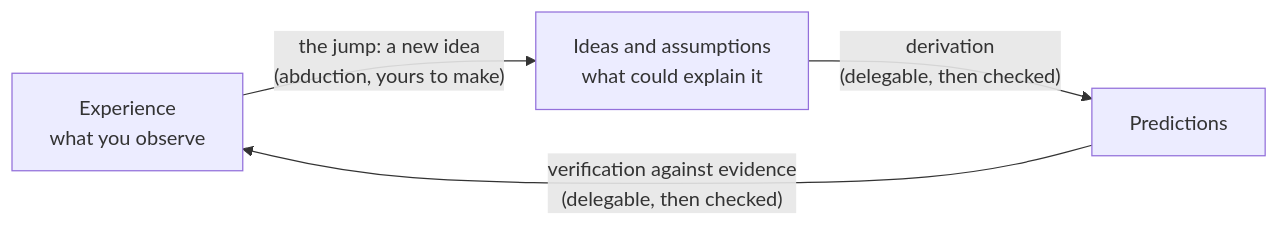
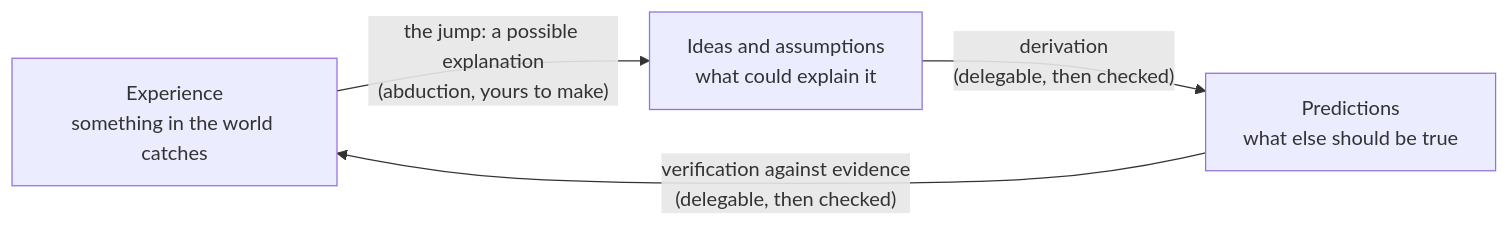
One commit to davi-moreira/2026F_evidence_driven_research_purdue_HONR464 changed the diagram in book/part2-curiosity-to-design/05-from-curiosity-to-a-research-problem.qmd. Above: the diagram before and after it, drawn with Mermaid. The commit also changed other lines of this file and 120 other files, not shown here.

````diff
--- a/book/part2-curiosity-to-design/05-from-curiosity-to-a-research-problem.qmd
+++ b/book/part2-curiosity-to-design/05-from-curiosity-to-a-research-problem.qmd
@@ -44,6 +47,6 @@
 ```{mermaid}
 flowchart LR
-  E["Experience<br/>what you observe"] -- "the jump: a new idea<br/>(abduction, yours to make)" --> A["Ideas and assumptions<br/>what could explain it"]
-  A -- "derivation<br/>(delegable, then checked)" --> P["Predictions"]
+  E["Experience<br/>something in the world catches"] -- "the jump: a possible explanation<br/>(abduction, yours to make)" --> J["Ideas and assumptions<br/>what could explain it"]
+  J -- "derivation<br/>(delegable, then checked)" --> P["Predictions<br/>what else should be true"]
   P -- "verification against evidence<br/>(delegable, then checked)" --> E
 ```
````
